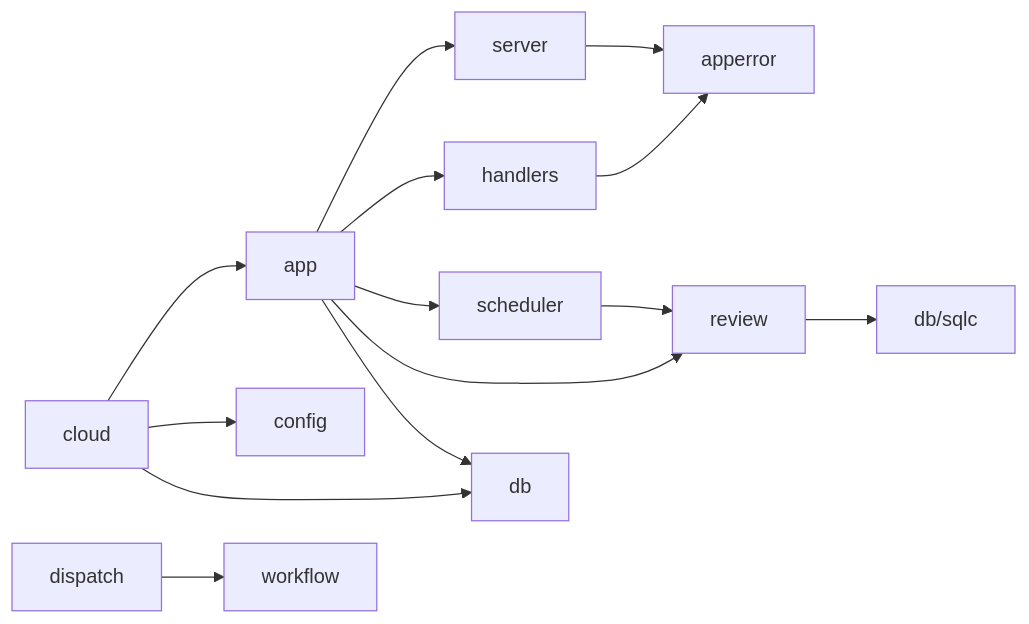
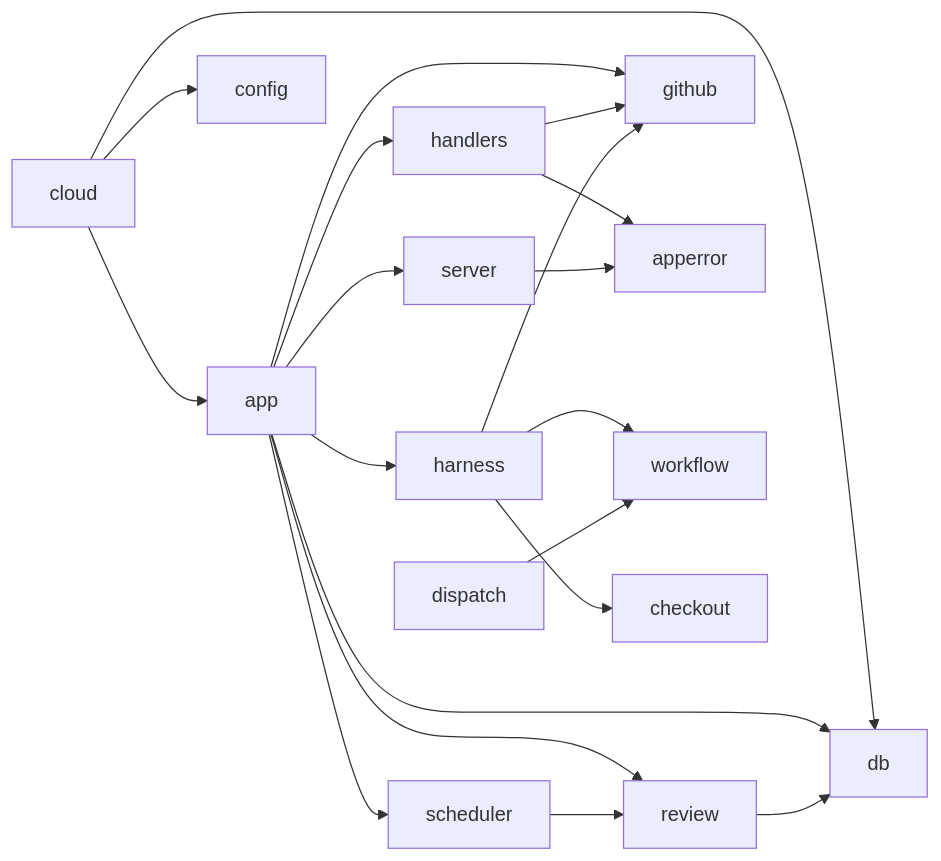
One commit to Pleasurecruise/eyeful changed the second of 3 diagrams in docs/cloud/SERVER.md. Above: the diagram before and after it, drawn with Mermaid. The commit also changed other lines of this file and 96 other files, not shown here.

````diff
--- a/docs/cloud/SERVER.md
+++ b/docs/cloud/SERVER.md
@@ -57,10 +64,11 @@
 ```mermaid
 flowchart LR
     cmd["cloud"] --> app & config & db
-    app --> server & handlers & scheduler & review & db
-    handlers --> apperror
+    app --> server & handlers & scheduler & review & db & github & harness
+    handlers --> apperror & github
     server --> apperror
     scheduler --> review
-    review --> sqlc["db/sqlc"]
+    harness --> workflow & github & checkout
+    review --> db
     dispatch --> workflow
 ```
````
